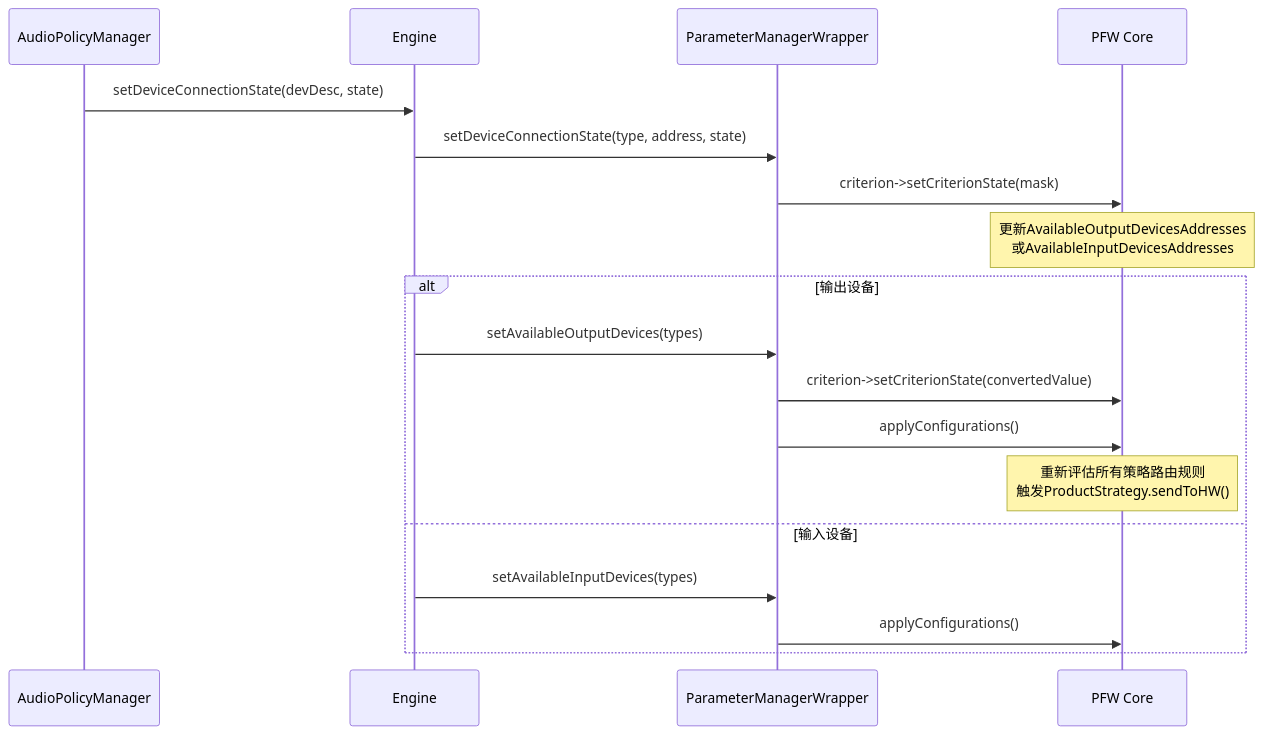
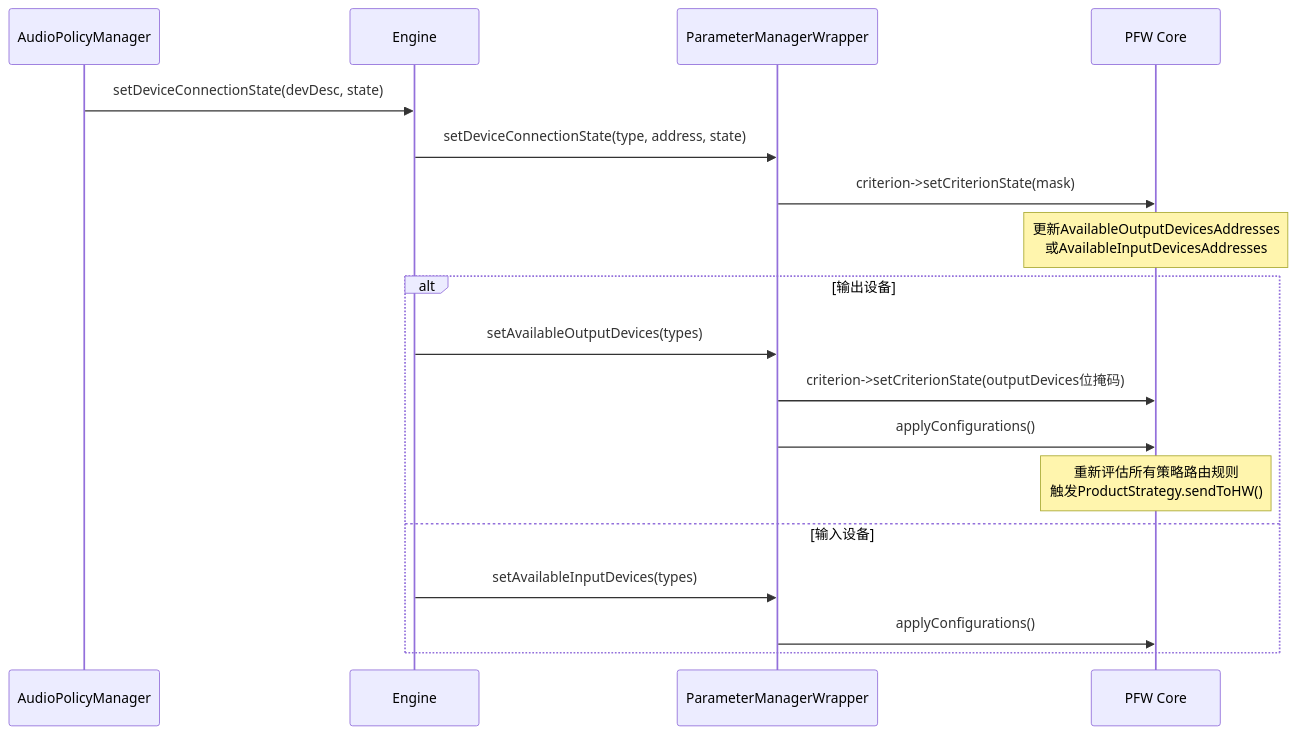
The sixth of 6 diagrams in 06_Audio_Policy_Engine/06_6.10_EngineConfigurable-Parameter_Framework可配置引擎.md (yanglinzhen1022/SA8295_AAOS_QNX_Audio_KnowledgeBase), drawn with Mermaid before and after one commit. The commit also changed other lines of this file and 11 other files, not shown here.

````diff
--- a/06_Audio_Policy_Engine/06_6.10_EngineConfigurable-Parameter_Framework可配置引擎.md
+++ b/06_Audio_Policy_Engine/06_6.10_EngineConfigurable-Parameter_Framework可配置引擎.md
@@ -477,22 +468,22 @@
 ```mermaid
 sequenceDiagram
     participant APM as AudioPolicyManager
     participant ENG as Engine
     participant PMW as ParameterManagerWrapper
     participant PFW as PFW Core
 
     APM->>ENG: setDeviceConnectionState(devDesc, state)
     ENG->>PMW: setDeviceConnectionState(type, address, state)
     PMW->>PFW: criterion->setCriterionState(mask)
     Note over PFW: 更新AvailableOutputDevicesAddresses<br>或AvailableInputDevicesAddresses
 
     alt 输出设备
         ENG->>PMW: setAvailableOutputDevices(types)
-        PMW->>PFW: criterion->setCriterionState(convertedValue)
+        PMW->>PFW: criterion->setCriterionState(outputDevices位掩码)
         PMW->>PFW: applyConfigurations()
         Note over PFW: 重新评估所有策略路由规则<br>触发ProductStrategy.sendToHW()
     else 输入设备
         ENG->>PMW: setAvailableInputDevices(types)
         PMW->>PFW: applyConfigurations()
     end
 ```
````
